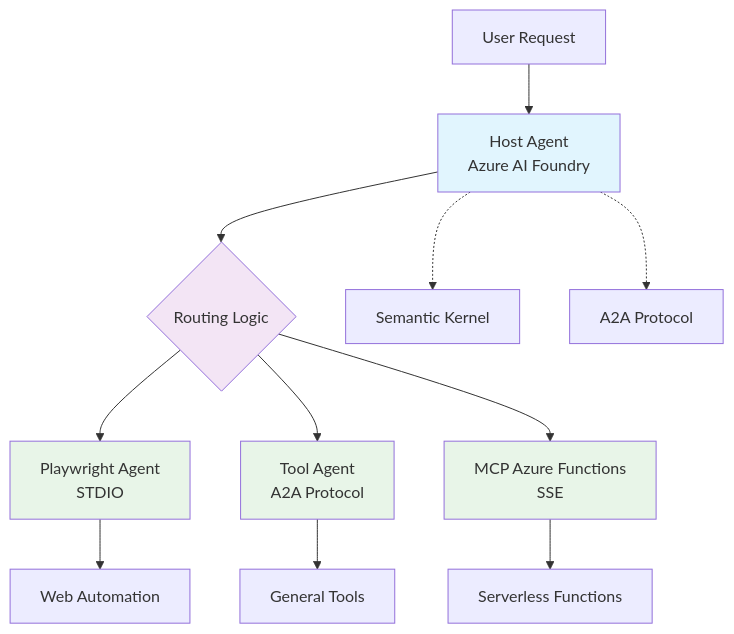
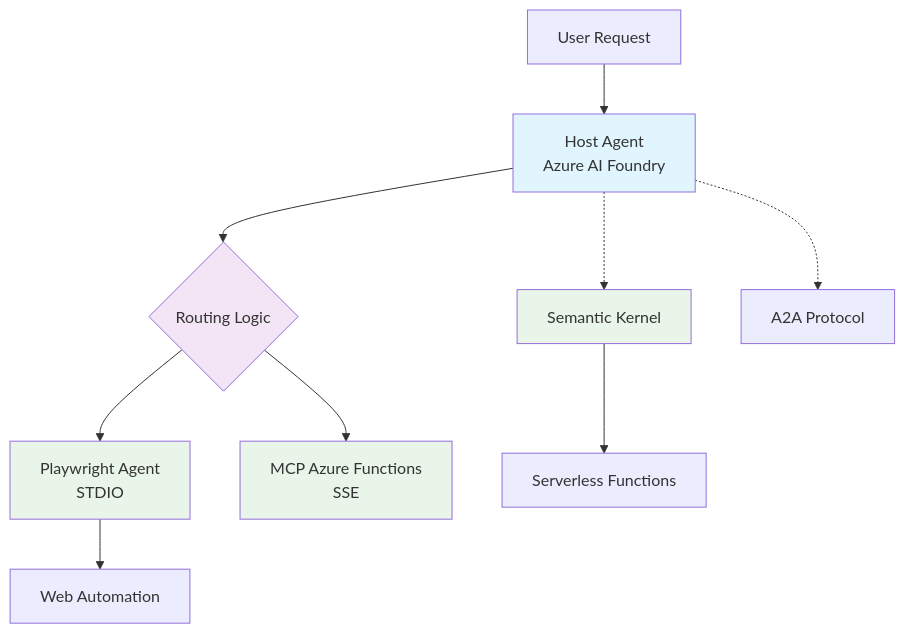
One commit to google-a2a/a2a-samples changed the diagram in samples/python/agents/azureaifoundry_sdk/multi_agent/README.md. Above: the diagram before and after it, drawn with Mermaid.

Commit message:
feat: Multi-Agent System with Azure AI Foundry

````diff
--- a/samples/python/agents/azureaifoundry_sdk/multi_agent/README.md
+++ b/samples/python/agents/azureaifoundry_sdk/multi_agent/README.md
@@ -11,21 +11,19 @@
 ```mermaid
 graph TD
     A[User Request] --> B[Host Agent<br/>Azure AI Foundry]
     B --> C{Routing Logic}
     C --> D[Playwright Agent<br/>STDIO]
-    C --> E[Tool Agent<br/>A2A Protocol]
-    C --> F[MCP Azure Functions<br/>SSE]
+    C --> E[MCP Azure Functions<br/>SSE]
     
-    B -.-> G[Semantic Kernel]
-    B -.-> H[A2A Protocol]
+    B -.-> F[Semantic Kernel]
+    B -.-> G[A2A Protocol]
     
-    D --> I[Web Automation]
-    E --> J[General Tools]
-    F --> K[Serverless Functions]
+    D --> H[Web Automation]
+    F --> I[Serverless Functions]
     
     style B fill:#e1f5fe
     style C fill:#f3e5f5
     style D fill:#e8f5e8
     style E fill:#e8f5e8
     style F fill:#e8f5e8
 ```
````
